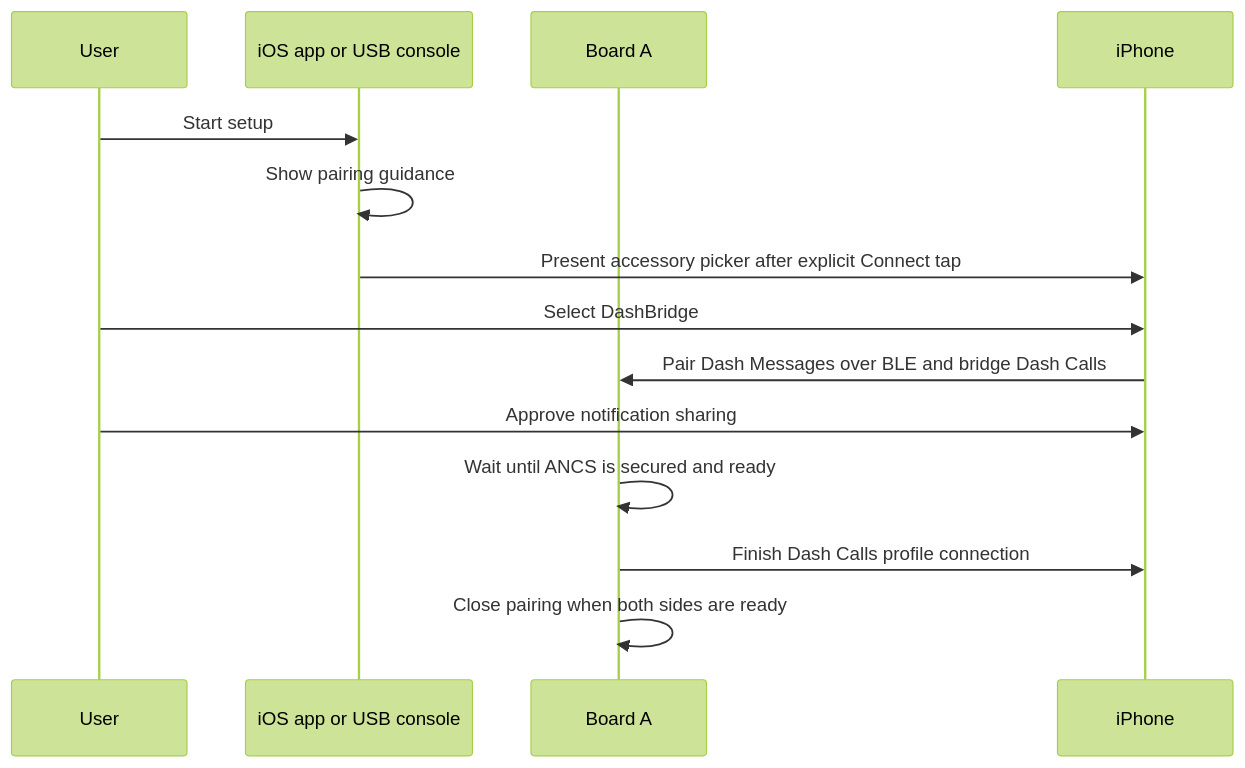
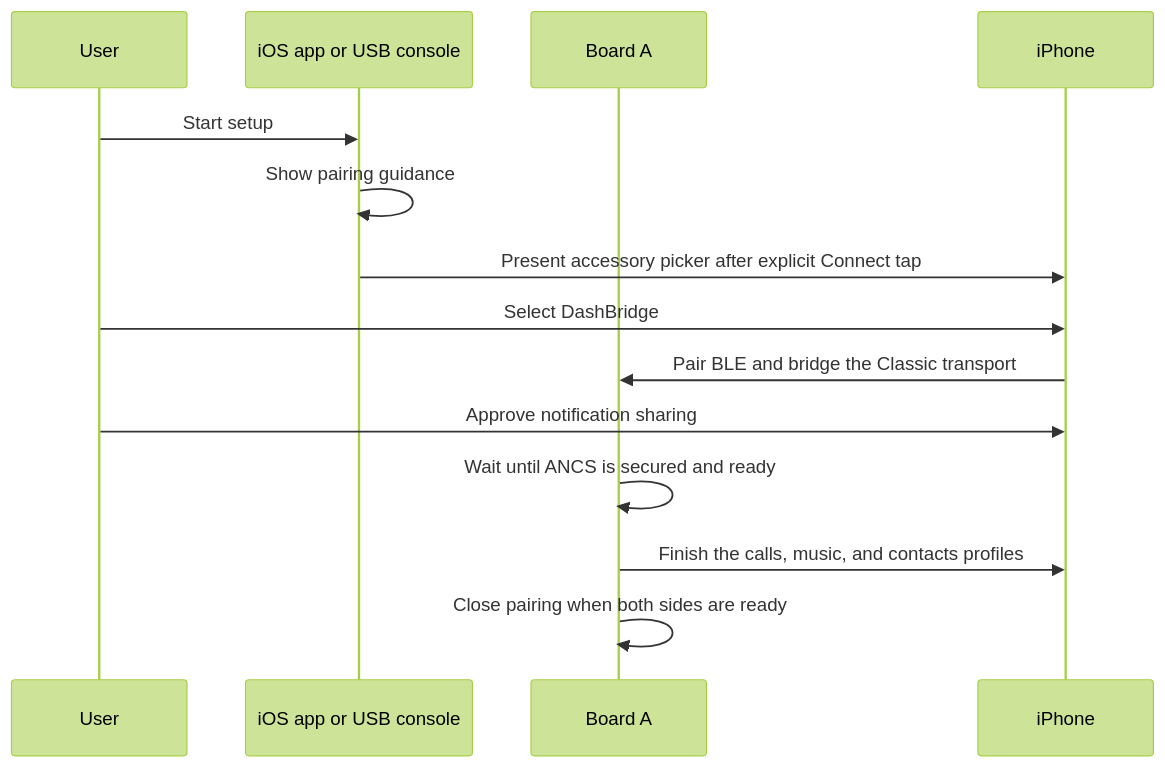
The second of 2 diagrams in ARCHITECTURE.md (thomasgregg/DashBridge), drawn with Mermaid (forest theme) before and after one commit. The commit also changed other lines of this file and 12 other files, not shown here.

Commit message:
Release DashBridge iOS build 23

````diff
--- a/ARCHITECTURE.md
+++ b/ARCHITECTURE.md
@@ -89,17 +90,17 @@
 ```mermaid
 sequenceDiagram
     participant User
     participant App as iOS app or USB console
     participant A as Board A
     participant Phone as iPhone
 
     User->>App: Start setup
     App->>App: Show pairing guidance
     App->>Phone: Present accessory picker after explicit Connect tap
     User->>Phone: Select DashBridge
-    Phone->>A: Pair Dash Messages over BLE and bridge Dash Calls
+    Phone->>A: Pair BLE and bridge the Classic transport
     User->>Phone: Approve notification sharing
     A->>A: Wait until ANCS is secured and ready
-    A->>Phone: Finish Dash Calls profile connection
+    A->>Phone: Finish the calls, music, and contacts profiles
     A->>A: Close pairing when both sides are ready
 ```
````
